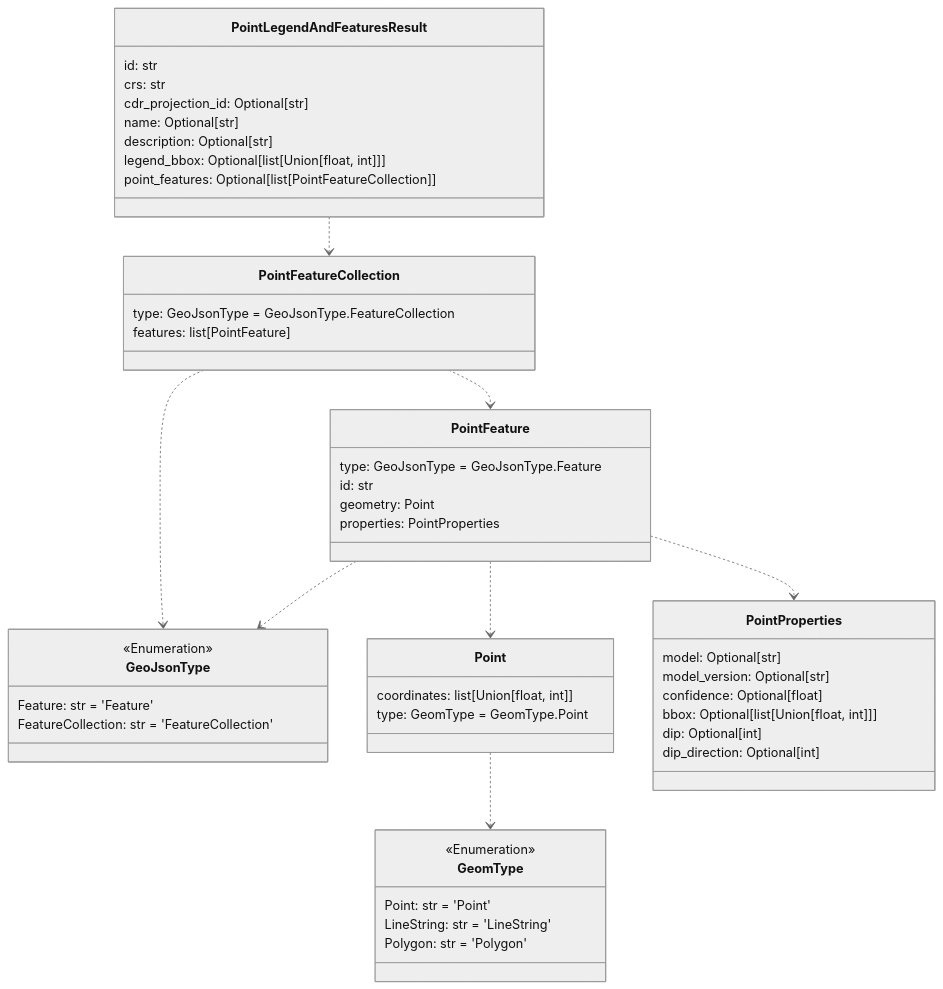
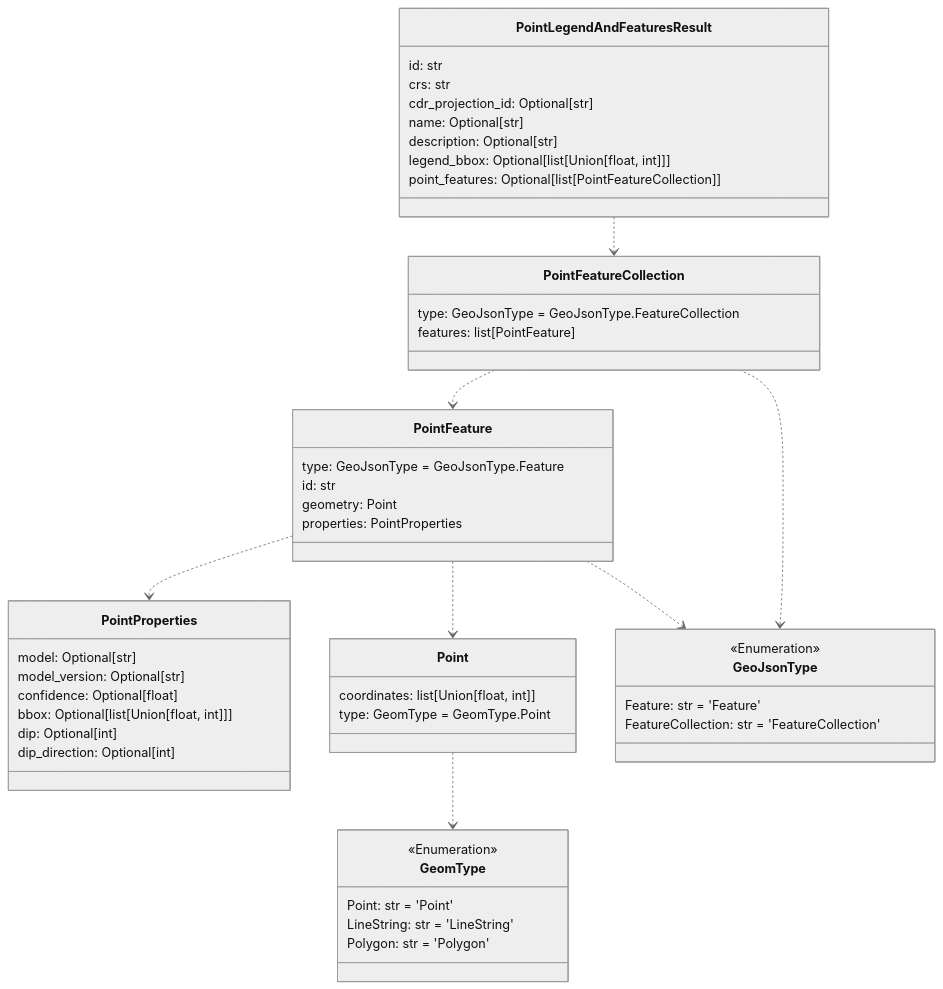
The fifth of 12 diagrams in README.md (DARPA-CRITICALMAAS/cdr_schemas), drawn with Mermaid (neutral theme) before and after one commit. The commit also changed other lines of this file, not shown here.

````diff
--- a/README.md
+++ b/README.md
@@ -341,62 +341,62 @@
 ```mermaid
 classDiagram
+
+    class PointLegendAndFeaturesResult {
+        id: str
+        crs: str
+        cdr_projection_id: Optional[str]
+        name: Optional[str]
+        description: Optional[str]
+        legend_bbox: Optional[list[Union[float, int]]]
+        point_features: Optional[list[PointFeatureCollection]]
+    }
+
+    class Point {
+        coordinates: list[Union[float, int]]
+        type: GeomType = GeomType.Point
+    }
 
     class GeoJsonType {
         <<Enumeration>>
         Feature: str = 'Feature'
         FeatureCollection: str = 'FeatureCollection'
+    }
+
+    class PointProperties {
+        model: Optional[str]
+        model_version: Optional[str]
+        confidence: Optional[float]
+        bbox: Optional[list[Union[float, int]]]
+        dip: Optional[int]
+        dip_direction: Optional[int]
     }
 
     class PointFeature {
         type: GeoJsonType = GeoJsonType.Feature
         id: str
         geometry: Point
         properties: PointProperties
     }
 
     class GeomType {
         <<Enumeration>>
         Point: str = 'Point'
         LineString: str = 'LineString'
         Polygon: str = 'Polygon'
     }
 
     class PointFeatureCollection {
         type: GeoJsonType = GeoJsonType.FeatureCollection
         features: list[PointFeature]
     }
 
-    class PointLegendAndFeaturesResult {
-        id: str
-        crs: str
-        cdr_projection_id: Optional[str]
-        name: Optional[str]
-        description: Optional[str]
-        legend_bbox: Optional[list[Union[float, int]]]
-        point_features: Optional[list[PointFeatureCollection]]
-    }
-
-    class Point {
-        coordinates: list[Union[float, int]]
-        type: GeomType = GeomType.Point
-    }
-
-    class PointProperties {
-        model: Optional[str]
-        model_version: Optional[str]
-        confidence: Optional[float]
-        bbox: Optional[list[Union[float, int]]]
-        dip: Optional[int]
-        dip_direction: Optional[int]
-    }
-
     Point ..> GeomType
+    PointFeature ..> PointProperties
+    PointFeature ..> Point
     PointFeature ..> GeoJsonType
-    PointFeature ..> Point
-    PointFeature ..> PointProperties
+    PointFeatureCollection ..> PointFeature
     PointFeatureCollection ..> GeoJsonType
-    PointFeatureCollection ..> PointFeature
     PointLegendAndFeaturesResult ..> PointFeatureCollection
 
 
 ```
````
